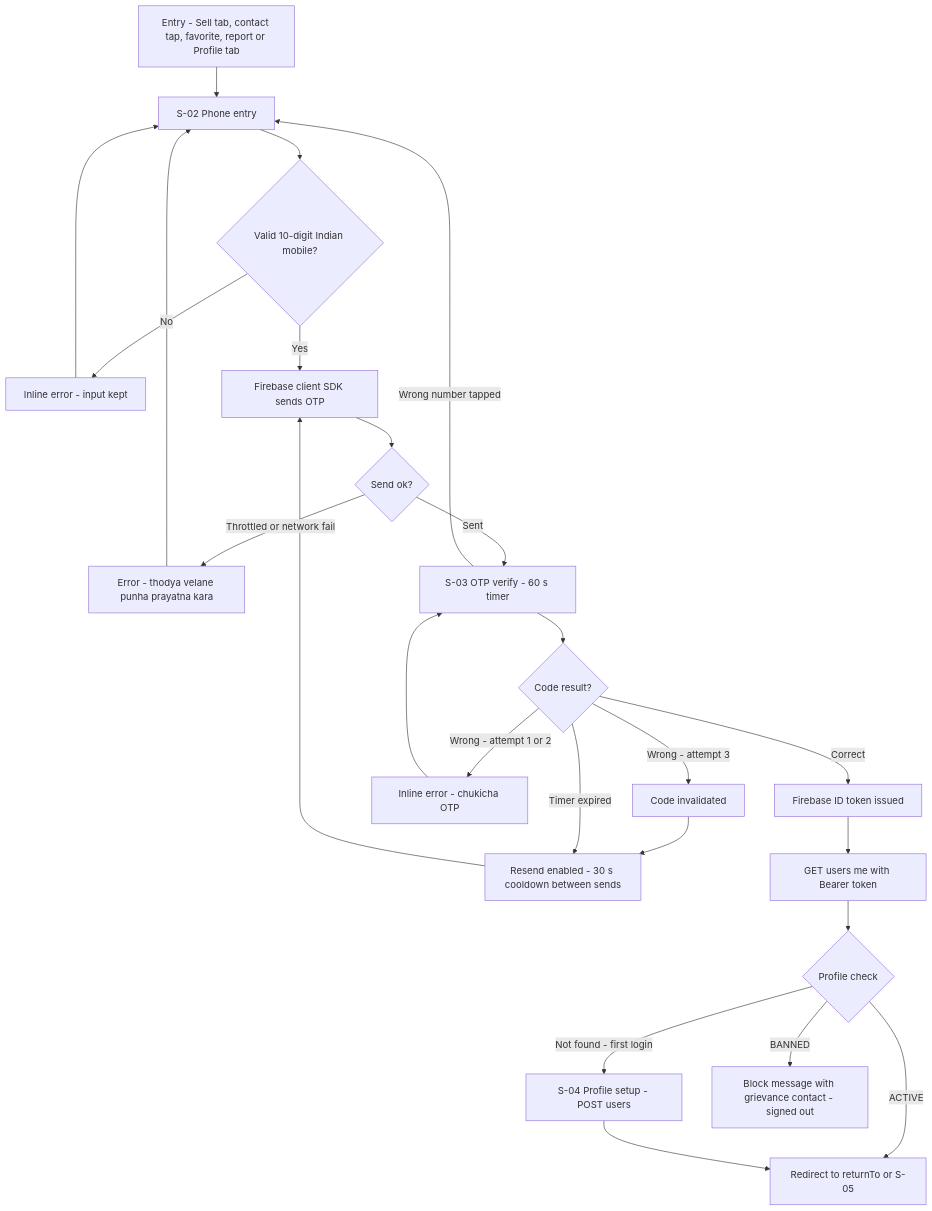
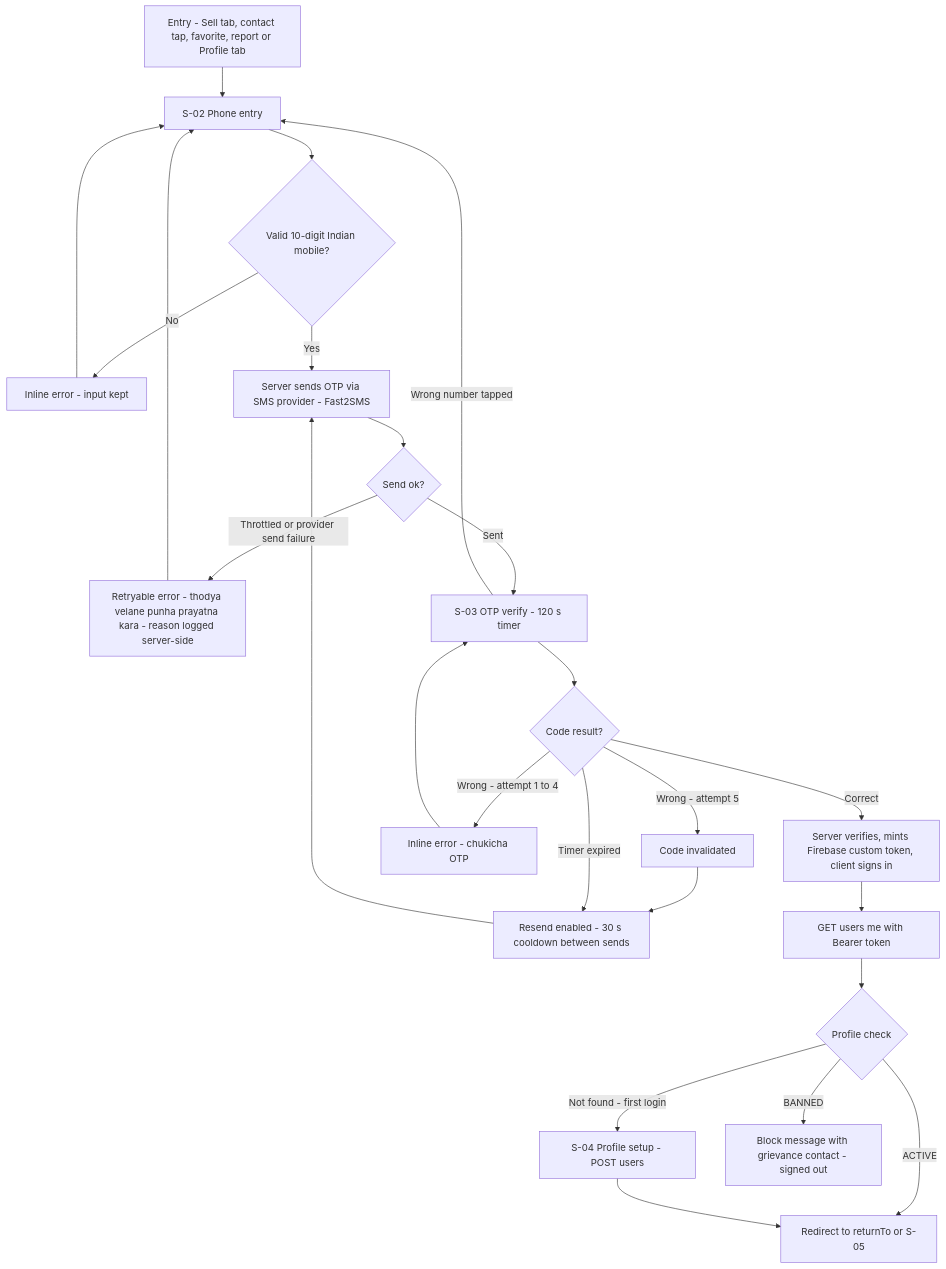
One commit to abhishekSonawane97/pashusetu changed the fourth of 8 diagrams in docs/06-user-flows/README.md. Above: the diagram before and after it, drawn with Mermaid. The commit also changed other lines of this file and 11 other files, not shown here.

````diff
--- a/docs/06-user-flows/README.md
+++ b/docs/06-user-flows/README.md
@@ -277,27 +284,27 @@
 ```mermaid
 flowchart TD
     A0["Entry - Sell tab, contact tap, favorite, report or Profile tab"] --> S02["S-02 Phone entry"]
     S02 --> V1{"Valid 10-digit Indian mobile?"}
     V1 -->|"No"| E0["Inline error - input kept"]
     E0 --> S02
-    V1 -->|"Yes"| SEND["Firebase client SDK sends OTP"]
+    V1 -->|"Yes"| SEND["Server sends OTP via SMS provider - Fast2SMS"]
     SEND --> C0{"Send ok?"}
-    C0 -->|"Throttled or network fail"| E4["Error - thodya velane punha prayatna kara"]
+    C0 -->|"Throttled or provider send failure"| E4["Retryable error - thodya velane punha prayatna kara - reason logged server-side"]
     E4 --> S02
-    C0 -->|"Sent"| S03["S-03 OTP verify - 60 s timer"]
+    C0 -->|"Sent"| S03["S-03 OTP verify - 120 s timer"]
     S03 --> C1{"Code result?"}
-    C1 -->|"Correct"| OK["Firebase ID token issued"]
-    C1 -->|"Wrong - attempt 1 or 2"| E1["Inline error - chukicha OTP"]
+    C1 -->|"Correct"| OK["Server verifies, mints Firebase custom token, client signs in"]
+    C1 -->|"Wrong - attempt 1 to 4"| E1["Inline error - chukicha OTP"]
     E1 --> S03
-    C1 -->|"Wrong - attempt 3"| E2["Code invalidated"]
+    C1 -->|"Wrong - attempt 5"| E2["Code invalidated"]
     E2 --> RS
     C1 -->|"Timer expired"| RS["Resend enabled - 30 s cooldown between sends"]
     RS --> SEND
     S03 -->|"Wrong number tapped"| S02
     OK --> ME["GET users me with Bearer token"]
     ME --> C2{"Profile check"}
     C2 -->|"Not found - first login"| S04["S-04 Profile setup - POST users"]
     C2 -->|"ACTIVE"| DEST["Redirect to returnTo or S-05"]
     C2 -->|"BANNED"| BAN["Block message with grievance contact - signed out"]
     S04 --> DEST
 ```
````
